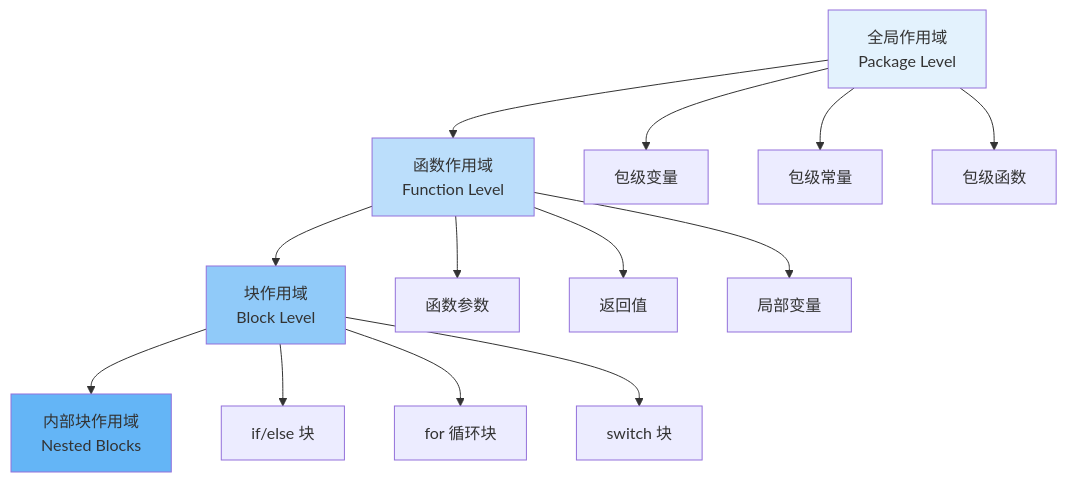
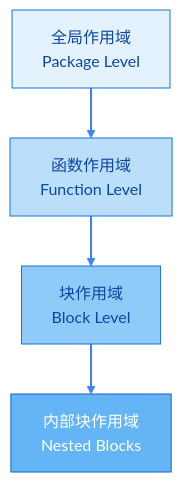
The first of 2 diagrams in docs/zh/golang/fundamentals/variable-lifecycle.mdx (lazygophers/knowledge), drawn with Mermaid before and after one commit. The commit also changed other lines of this file and 9 other files, not shown here.

First line of the commit message:
style(golang): Mermaid 图表添加主题适配和连接线样式

````diff
--- a/docs/zh/golang/fundamentals/variable-lifecycle.mdx
+++ b/docs/zh/golang/fundamentals/variable-lifecycle.mdx
@@ -14,23 +14,17 @@
 ```mermaid
 flowchart TD
     A[全局作用域<br/>Package Level] --> B[函数作用域<br/>Function Level]
     B --> C[块作用域<br/>Block Level]
     C --> D[内部块作用域<br/>Nested Blocks]
 
-    A --> A1[包级变量]
-    A --> A2[包级常量]
-    A --> A3[包级函数]
+    linkStyle default stroke:#3b82f6,stroke-width:2px
+    classDef globalScope fill:#e3f2fd,stroke:#1976d2,color:#0d47a1
+    classDef functionScope fill:#bbdefb,stroke:#1976d2,color:#0d47a1
+    classDef blockScope fill:#90caf9,stroke:#1976d2,color:#0d47a1
+    classDef nestedScope fill:#64b5f6,stroke:#1565c0,color:#ffffff
 
-    B --> B1[函数参数]
-    B --> B2[返回值]
-    B --> B3[局部变量]
-
-    C --> C1[if/else 块]
-    C --> C2[for 循环块]
-    C --> C3[switch 块]
-
-    style A fill:#e3f2fd
-    style B fill:#bbdefb
-    style C fill:#90caf9
-    style D fill:#64b5f6
+    class A globalScope
+    class B functionScope
+    class C blockScope
+    class D nestedScope
 ```
````
